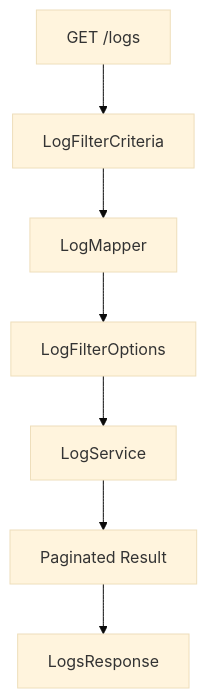
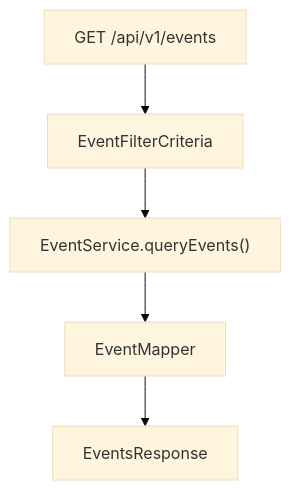
Before and after one commit to flamingo-stack/openframe-oss-lib: the diagram in docs/diagrams/architecture/external-api-service-core-3.mmd, drawn with Mermaid (base theme). The commit also changed 1819 other files, not shown here.

```diff
--- a/docs/diagrams/architecture/external-api-service-core-3.mmd
+++ b/docs/diagrams/architecture/external-api-service-core-3.mmd
@@ -1,7 +1,5 @@
 flowchart TD
-    LogReq["GET /logs"] --> LogCriteria["LogFilterCriteria"]
-    LogCriteria --> LogMapper
-    LogMapper --> LogOptions["LogFilterOptions"]
-    LogOptions --> LogService
-    LogService --> Page["Paginated Result"]
-    Page --> LogsResponse
+    EventRequest["GET /api/v1/events"] --> Filter["EventFilterCriteria"]
+    Filter --> Service["EventService.queryEvents()"]
+    Service --> Mapper["EventMapper"]
+    Mapper --> EventsResponse["EventsResponse"]
```
